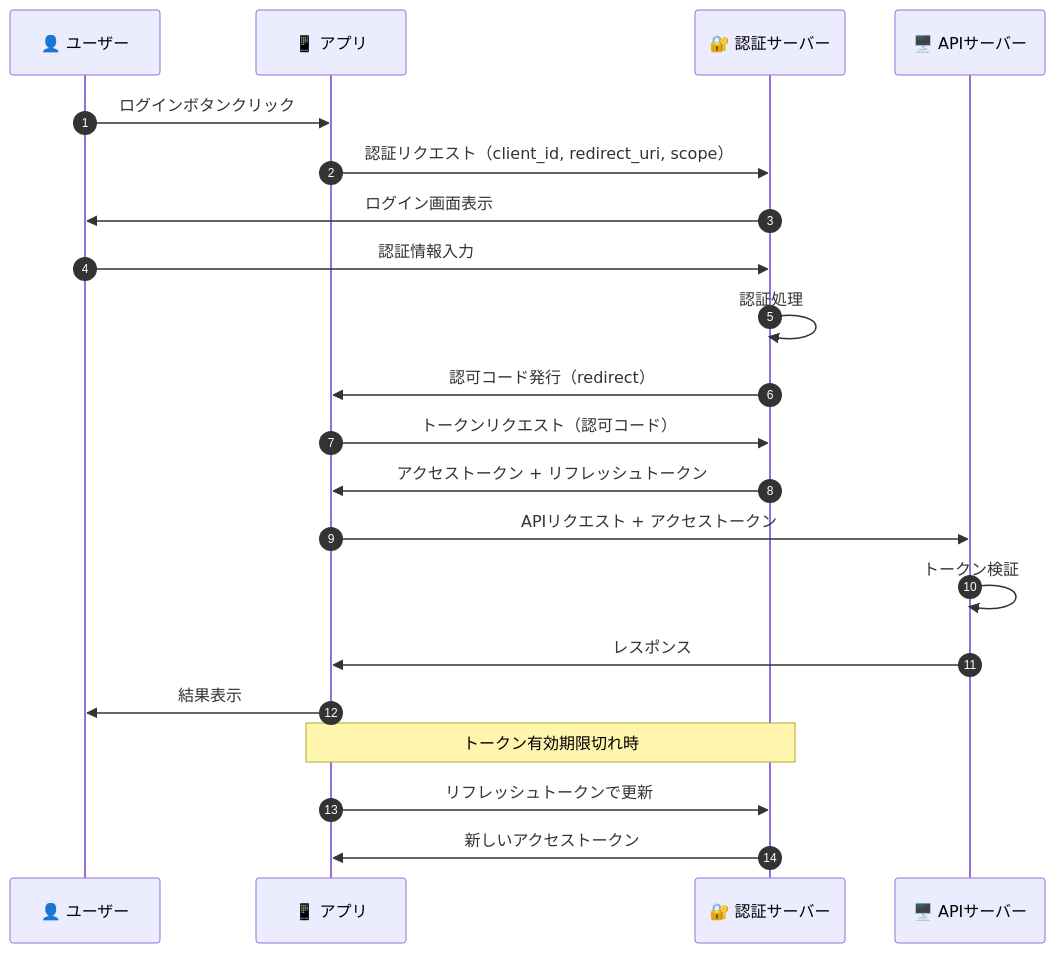
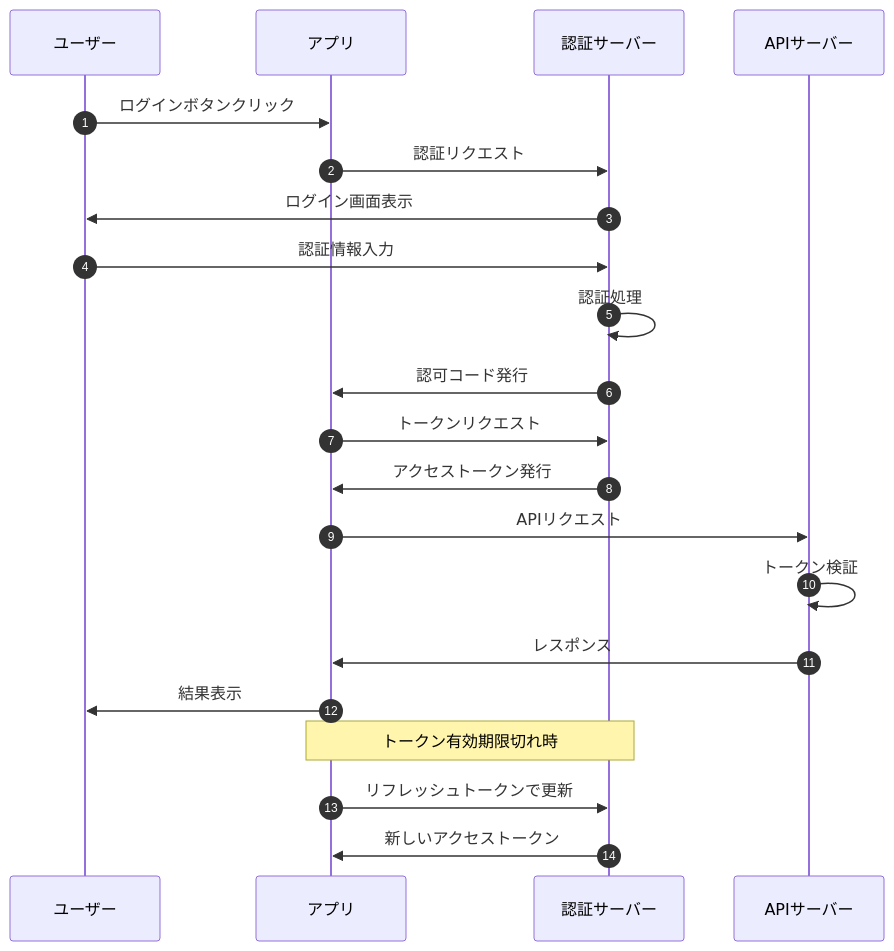
Before and after one commit to forsteri/docs: the fourth of 13 diagrams in docs/mermaid-showcase.md, drawn with Mermaid. The commit also changed other lines of this file, not shown here.

Commit message:
Mermaidダイアグラムの構成を改善し、サブグラフの名称を明確化。APIパターンやGitブランチ戦略の図を更新。

````diff
--- a/docs/mermaid-showcase.md
+++ b/docs/mermaid-showcase.md
@@ -110,25 +118,25 @@
 ```mermaid
 sequenceDiagram
     autonumber
-    participant User as 👤 ユーザー
-    participant App as 📱 アプリ
-    participant Auth as 🔐 認証サーバー
-    participant API as 🖥️ APIサーバー
+    participant User as ユーザー
+    participant App as アプリ
+    participant Auth as 認証サーバー
+    participant API as APIサーバー
 
     User->>App: ログインボタンクリック
-    App->>Auth: 認証リクエスト（client_id, redirect_uri, scope）
+    App->>Auth: 認証リクエスト
     Auth->>User: ログイン画面表示
     User->>Auth: 認証情報入力
     Auth->>Auth: 認証処理
-    Auth->>App: 認可コード発行（redirect）
-    App->>Auth: トークンリクエスト（認可コード）
-    Auth->>App: アクセストークン + リフレッシュトークン
-    App->>API: APIリクエスト + アクセストークン
+    Auth->>App: 認可コード発行
+    App->>Auth: トークンリクエスト
+    Auth->>App: アクセストークン発行
+    App->>API: APIリクエスト
     API->>API: トークン検証
     API->>App: レスポンス
     App->>User: 結果表示
 
     Note over App,Auth: トークン有効期限切れ時
     App->>Auth: リフレッシュトークンで更新
     Auth->>App: 新しいアクセストークン
 ```
````
